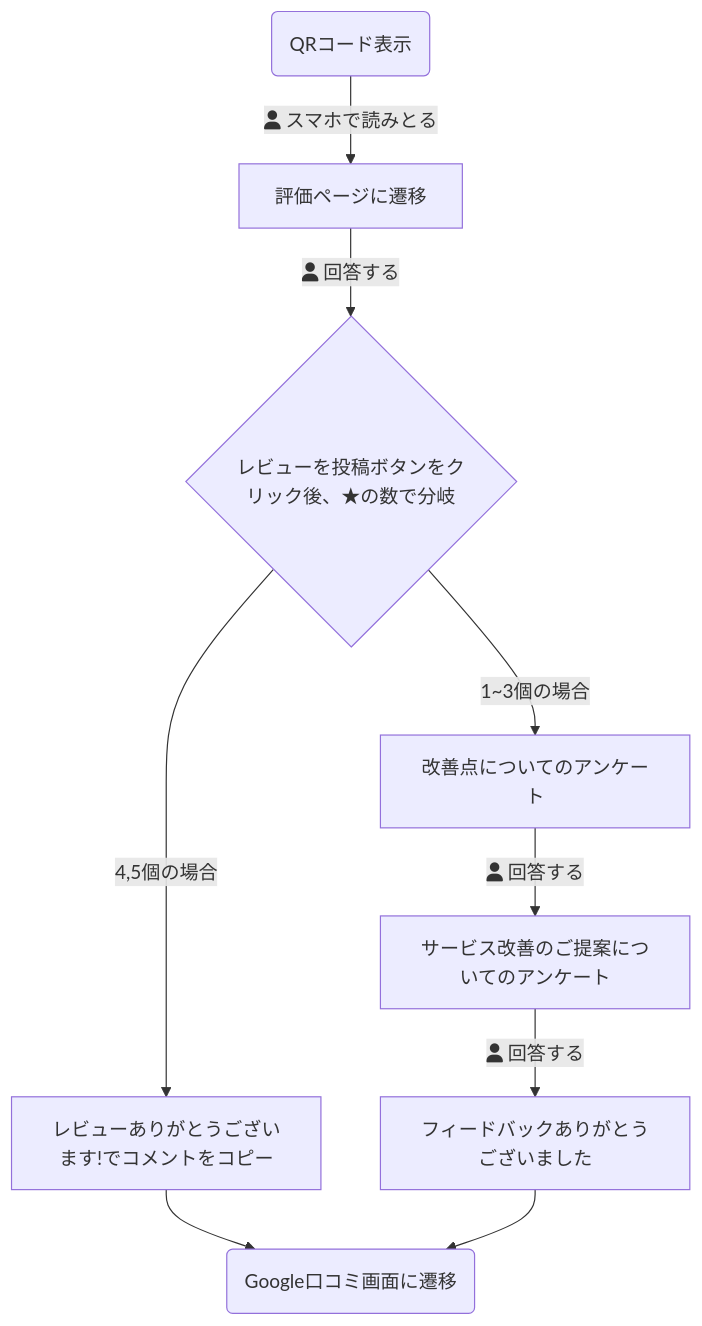
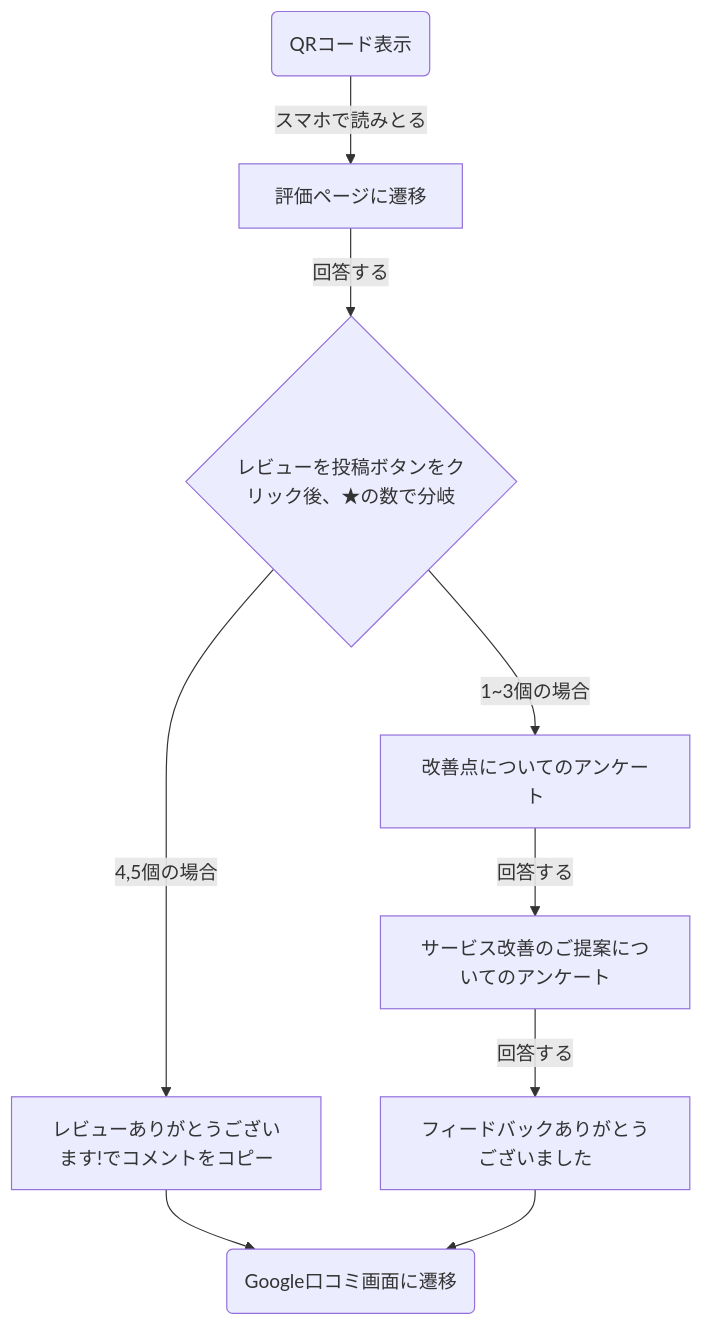
The first of 2 diagrams in README.md (tomohiko9090/viral-verse), drawn with Mermaid before and after one commit. The commit also changed other lines of this file, not shown here.

````diff
--- a/README.md
+++ b/README.md
@@ -115,14 +69,14 @@
 ```mermaid
 flowchart TD
-    qr(QRコード表示) --> |fa:fa-user スマホで読みとる|review[評価ページに遷移]
-    review --> |fa:fa-user 回答する|branch{レビューを投稿ボタンをクリック後、★の数で分岐}
+    qr(QRコード表示) --> |スマホで読みとる|review[評価ページに遷移]
+    review --> |回答する|branch{レビューを投稿ボタンをクリック後、★の数で分岐}
 
     branch -->|1~3個の場合| survey1[改善点についてのアンケート]
     branch -->|4,5個の場合| copy[レビューありがとうございます!でコメントをコピー]
 
-    survey1 --> |fa:fa-user 回答する|survey2[サービス改善のご提案についてのアンケート]
-    survey2 -->|fa:fa-user 回答する|thanks[フィードバックありがとうございました]
-    
+    survey1 --> |回答する|survey2[サービス改善のご提案についてのアンケート]
+    survey2 -->|回答する|thanks[フィードバックありがとうございました]
+
     copy --> Google
     thanks -->Google(Google口コミ画面に遷移)
 ```
````
